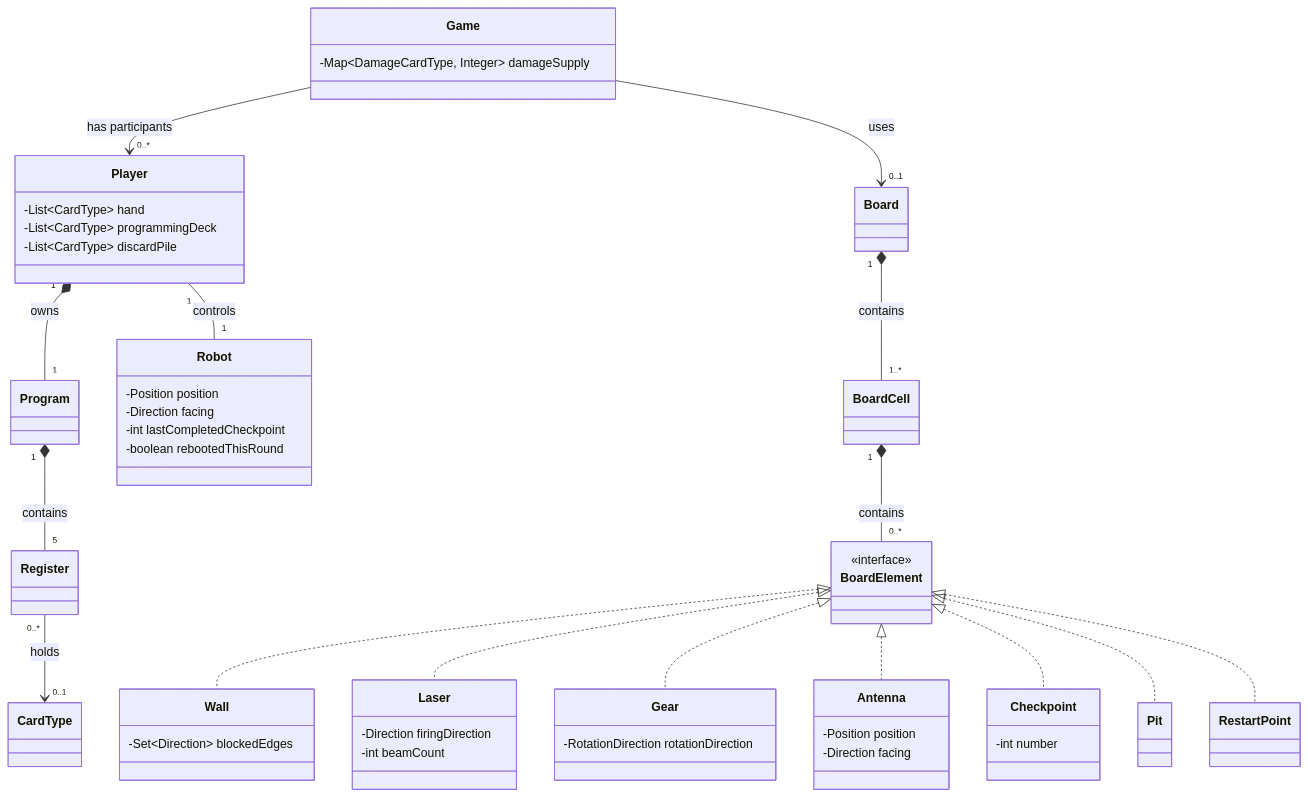
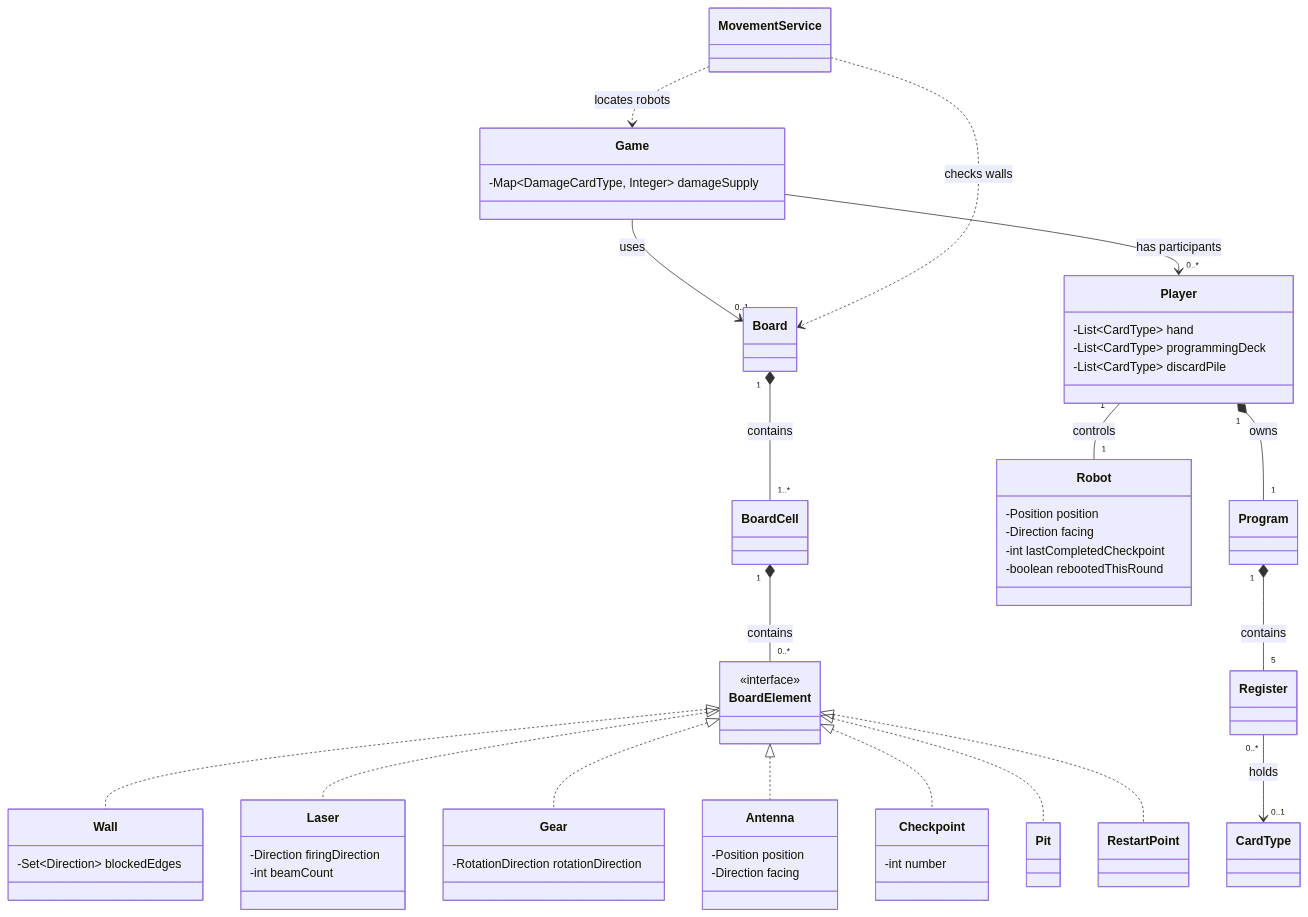
Before and after one commit to hakanmtn/roborally-java: the diagram in docs/domain-model-diagram.md, drawn with Mermaid. The commit also changed 2 other files, not shown here.

Commit message:
Document game scope and movement design decisions (#2, #3, #4)

````diff
--- a/docs/domain-model-diagram.md
+++ b/docs/domain-model-diagram.md
@@ -3,43 +3,46 @@
 ```mermaid
 classDiagram
     Program "1" *-- "5" Register : contains
     Player "1" -- "1" Robot : controls
     Board "1" *-- "1..*" BoardCell : contains
     BoardCell "1" *-- "0..*" BoardElement : contains
     class BoardElement {
         <<interface>>
     }
     BoardElement <|.. Wall
     BoardElement <|.. Laser
     BoardElement <|.. Gear
 
     Register "0..*" --> "0..1" CardType : holds
     Game --> "0..*" Player : has participants
     Player "1" *-- "1" Program : owns
     Player : -List~CardType~ hand
     Player : -List~CardType~ programmingDeck
     Player : -List~CardType~ discardPile
 
     Game --> "0..1" Board : uses
     Robot : -Position position
     Robot : -Direction facing
 
     Wall : -Set~Direction~ blockedEdges
 
     Laser : -Direction firingDirection
     Laser : -int beamCount
 
     Gear : -RotationDirection rotationDirection
     BoardElement <|.. Antenna
     Antenna : -Position position
     Antenna : -Direction facing
 
     BoardElement <|.. Checkpoint
     BoardElement <|.. Pit
     BoardElement <|.. RestartPoint
     Checkpoint : -int number
     Robot : -int lastCompletedCheckpoint
     Robot : -boolean rebootedThisRound
 
     Game : -Map~DamageCardType, Integer~ damageSupply
+
+    MovementService ..> Board : checks walls
+    MovementService ..> Game : locates robots
 ```
````
